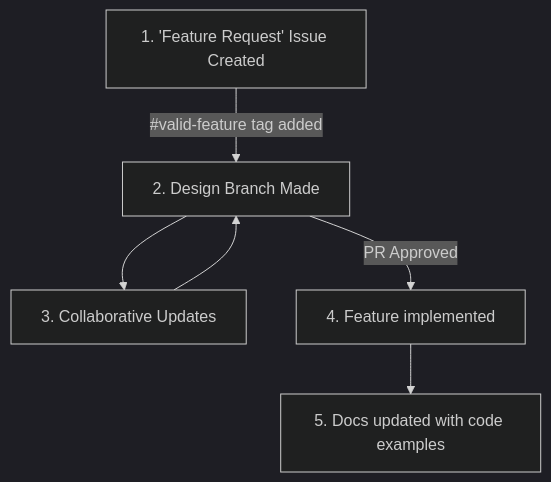
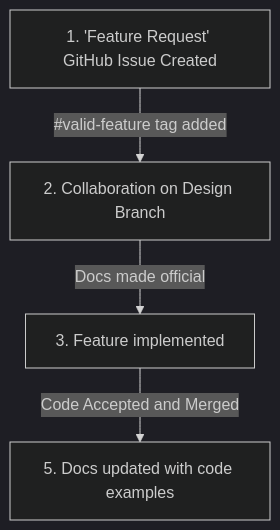
The diagram in CONTRIBUTING.md (EthanGunter/EthicalMatch-docs), drawn with Mermaid (dark theme) before and after one commit. The commit also changed other lines of this file and 3 other files, not shown here.

````diff
--- a/CONTRIBUTING.md
+++ b/CONTRIBUTING.md
@@ -43,8 +29,6 @@
 ```mermaid
 graph
-Issue[1. 'Feature Request' Issue Created] -- #valid-feature tag added --> PR[2. Design Branch Made]
-PR --> Draft[3. Collaborative Updates]
-Draft --> PR
-PR -- PR Approved --> Dev[4. Feature implemented]
-Dev --> Update[5. Docs updated with code examples]
+Issue[1. 'Feature Request' GitHub Issue Created] -- #valid-feature tag added --> PR[2. Collaboration on Design Branch]
+PR -- Docs made official --> Dev[3. Feature implemented]
+Dev -- Code Accepted and Merged --> Update[5. Docs updated with code examples]
 ```
````
